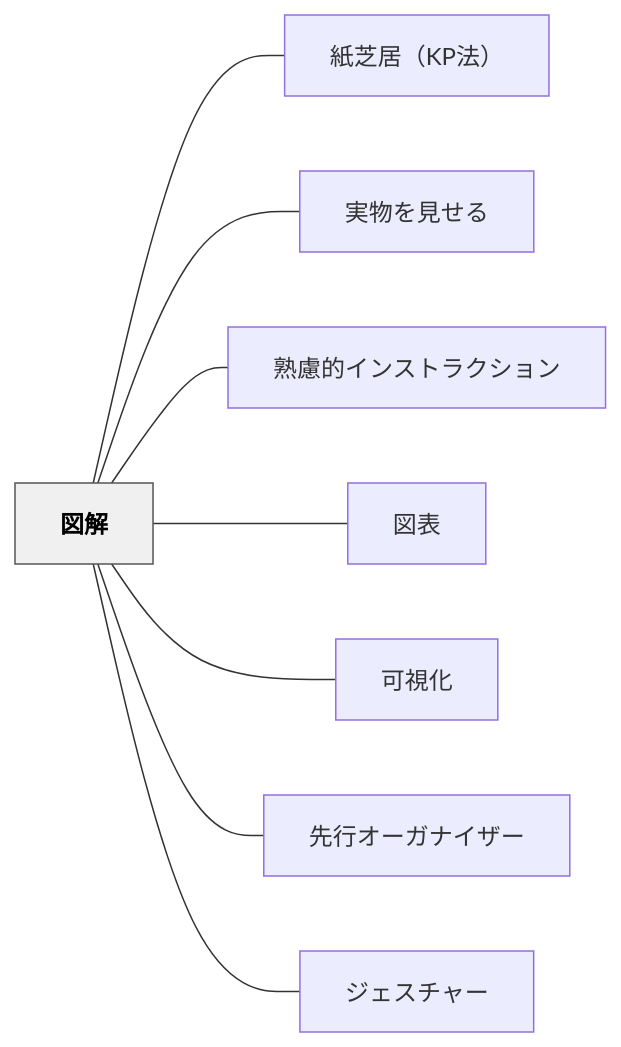
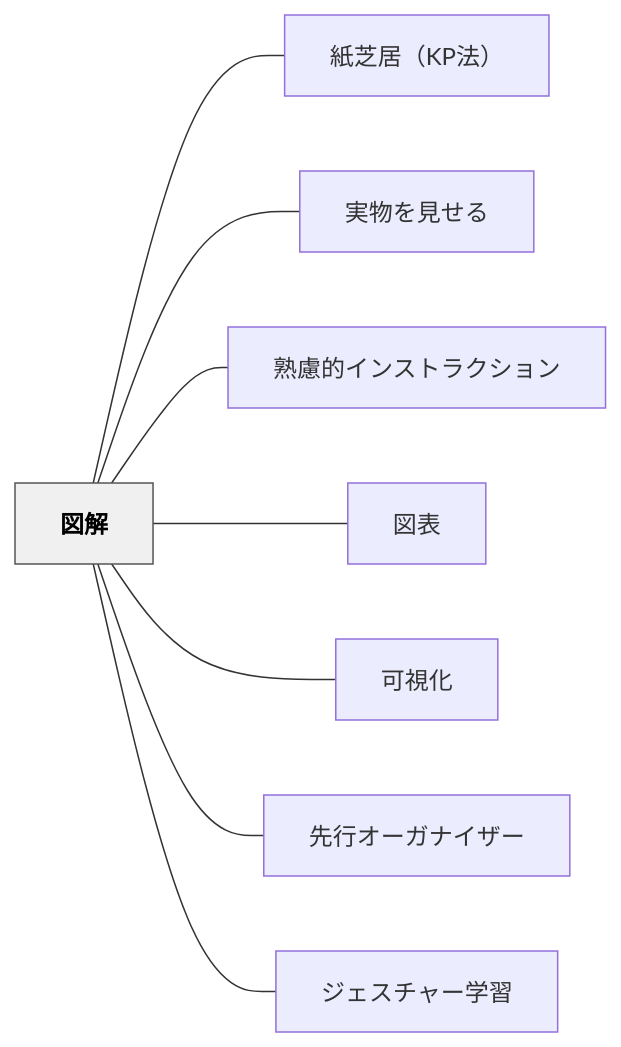
The diagram in content/パタン/図解.md (unknownthings-ed-patterns/unknownthings-ed-patterns), drawn with Mermaid before and after one commit. The commit also changed other lines of this file and 6 other files, not shown here.

````diff
--- a/content/パタン/図解.md
+++ b/content/パタン/図解.md
@@ -36,22 +36,22 @@
 ```mermaid
 flowchart LR
     ne59bb3e8a7a3["図解"]
     ne7b499e88a9de5b185efbc884b50e6b395efbc89["紙芝居（KP法）"]
     ne5ae9fe789a9e38292e8a68be3819be3828b["実物を見せる"]
     ne7869fe685aee79a84e382a4e383b3e382b9e38388e383a9e382afe382b7e383a7e383b3["熟慮的インストラクション"]
     ne59bb3e8a1a8["図表"]
     ne58fafe8a696e58c96["可視化"]
     ne58588e8a18ce382aae383bce382ace3838ae382a4e382b6e383bc["先行オーガナイザー"]
-    ne382b8e382a7e382b9e38381e383a3e383bc["ジェスチャー"]
+    ne382b8e382a7e382b9e38381e383a3e383bce5ada6e7bf92["ジェスチャー学習"]
 
     ne59bb3e8a7a3 --- ne7b499e88a9de5b185efbc884b50e6b395efbc89
     ne59bb3e8a7a3 --- ne5ae9fe789a9e38292e8a68be3819be3828b
     ne59bb3e8a7a3 --- ne7869fe685aee79a84e382a4e383b3e382b9e38388e383a9e382afe382b7e383a7e383b3
     ne59bb3e8a7a3 --- ne59bb3e8a1a8
     ne59bb3e8a7a3 --- ne58fafe8a696e58c96
     ne59bb3e8a7a3 --- ne58588e8a18ce382aae383bce382ace3838ae382a4e382b6e383bc
-    ne59bb3e8a7a3 --- ne382b8e382a7e382b9e38381e383a3e383bc
+    ne59bb3e8a7a3 --- ne382b8e382a7e382b9e38381e383a3e383bce5ada6e7bf92
 
     classDef hub fill:#f0f0f0,stroke:#555,color:#000,font-weight:bold
     class ne59bb3e8a7a3 hub
 ```
````
